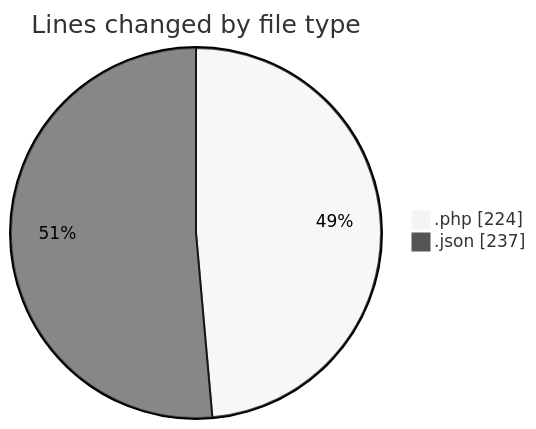
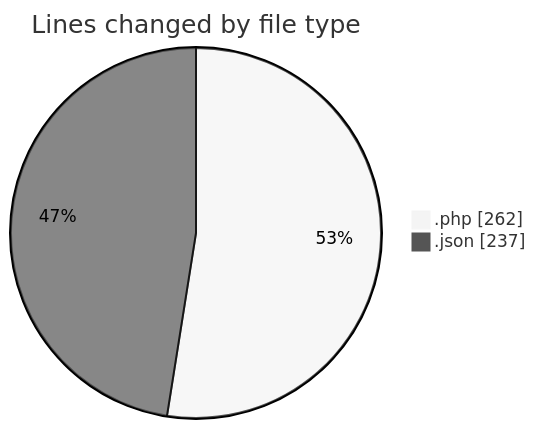
The first of 2 diagrams in 2025-06-13/studio-backend/README.md (idhammustaqopulfikri/code-tracking), drawn with Mermaid (neutral theme) before and after one commit. The commit also changed other lines of this file and 1 other file, not shown here.

````diff
--- a/2025-06-13/studio-backend/README.md
+++ b/2025-06-13/studio-backend/README.md
@@ -22,6 +23,6 @@
 ```mermaid
 pie showData
 title Lines changed by file type
-".php" : 224
+".php" : 262
 ".json" : 237
 ```
````
